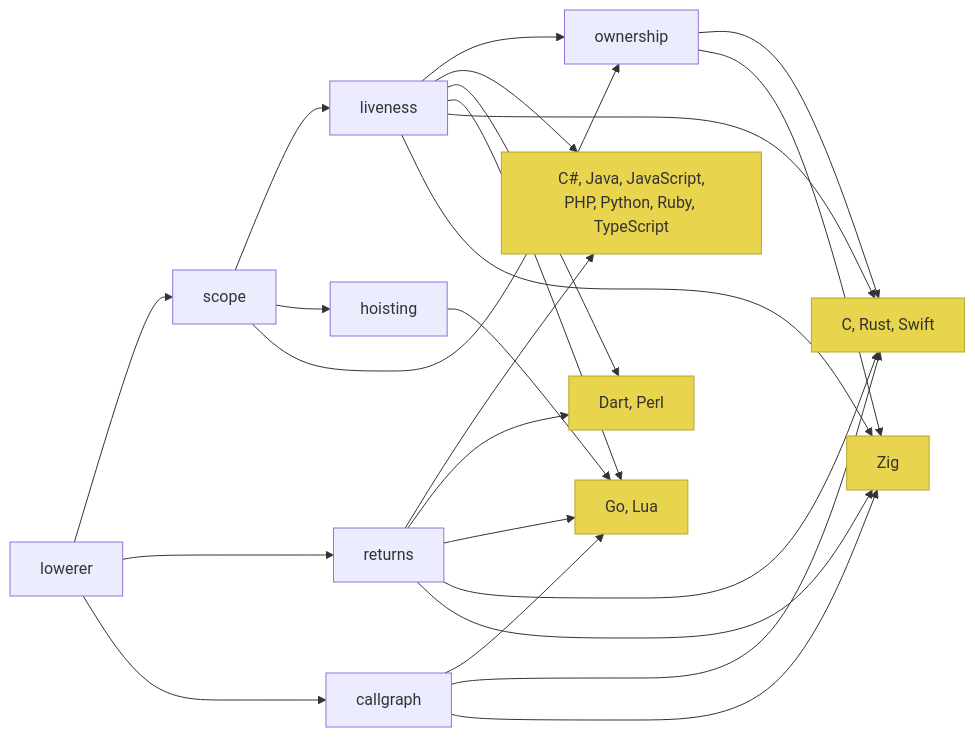
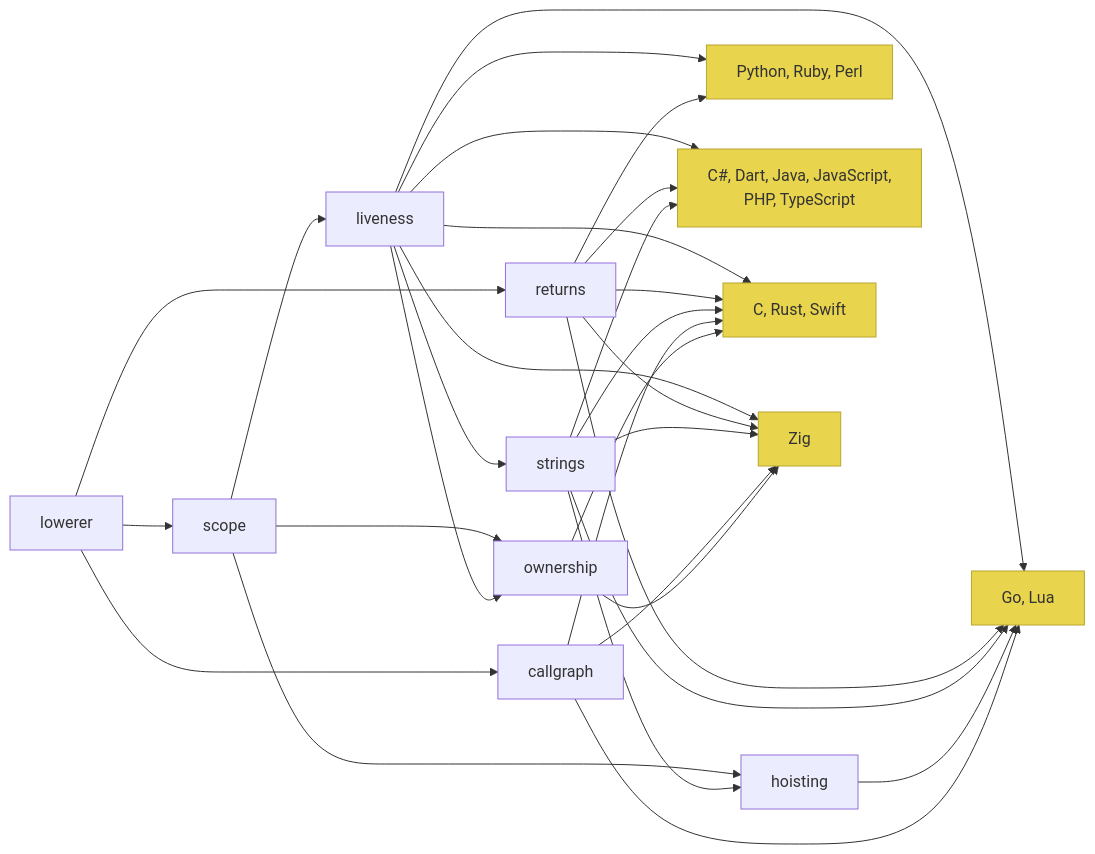
Before and after one commit to ldayton/Tongues: the diagram in taytsh/spec/middleend-spec-v2.md, drawn with Mermaid. The commit also changed other lines of this file and 3 other files, not shown here.

````diff
--- a/taytsh/spec/middleend-spec-v2.md
+++ b/taytsh/spec/middleend-spec-v2.md
@@ -99,32 +116,38 @@
 ```mermaid
 graph LR
     lowerer --> scope
     lowerer --> returns
     lowerer --> callgraph
 
     scope --> liveness
     scope --> hoisting
     scope --> ownership
+    liveness --> strings
     liveness --> ownership
+    strings --> hoisting
 
-    liveness --> g1["C#, Java, JavaScript,
-PHP, Python, Ruby, TypeScript"]:::lang
-    liveness --> g2["Dart, Perl"]:::lang
+    liveness --> g1["Python, Ruby, Perl"]:::lang
+    liveness --> g2["C#, Dart, Java, JavaScript,
+PHP, TypeScript"]:::lang
     liveness --> g3["Go, Lua"]:::lang
     liveness --> g4["C, Rust, Swift"]:::lang
     liveness --> g5["Zig"]:::lang
 
     returns --> g1
     returns --> g2
     returns --> g3
     returns --> g4
     returns --> g5
+    strings --> g2
+    strings --> g3
+    strings --> g4
+    strings --> g5
     hoisting --> g3
     callgraph --> g3
     callgraph --> g4
     callgraph --> g5
     ownership --> g4
     ownership --> g5
 
     classDef lang fill:#e8d44d,stroke:#b8a62e,color:#333
 ```
````
